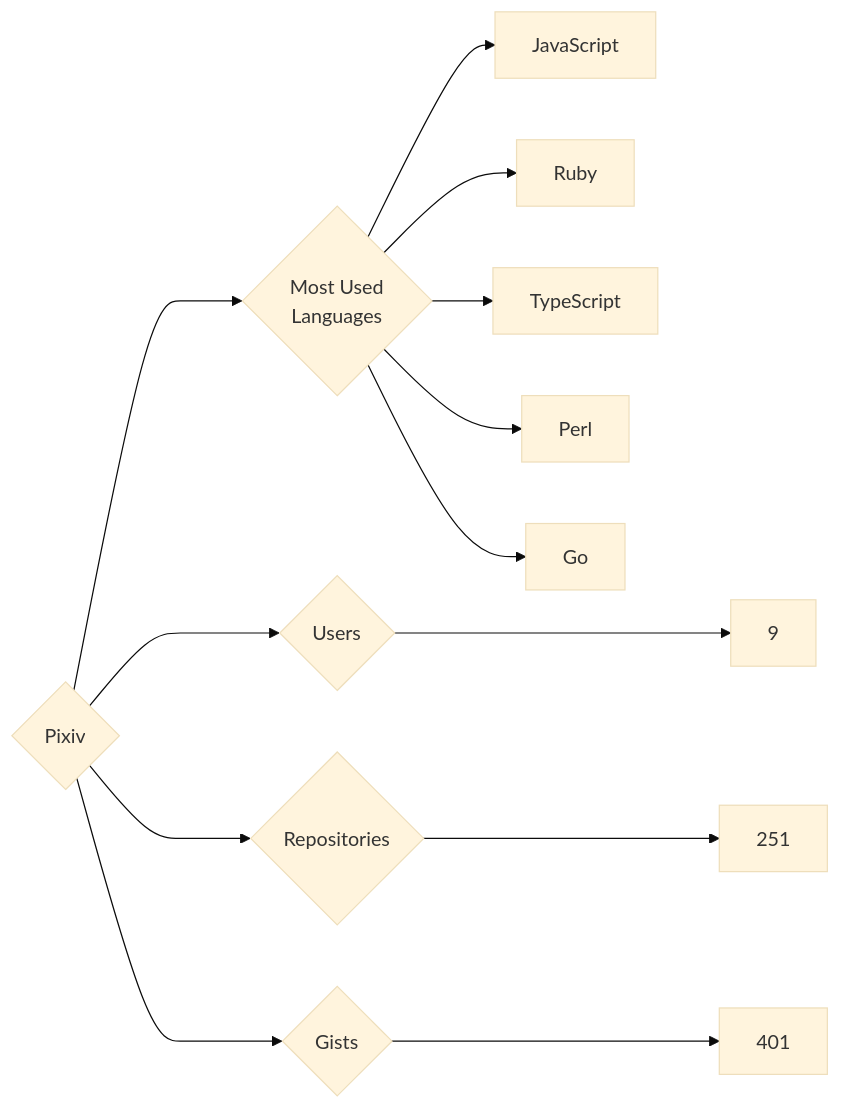
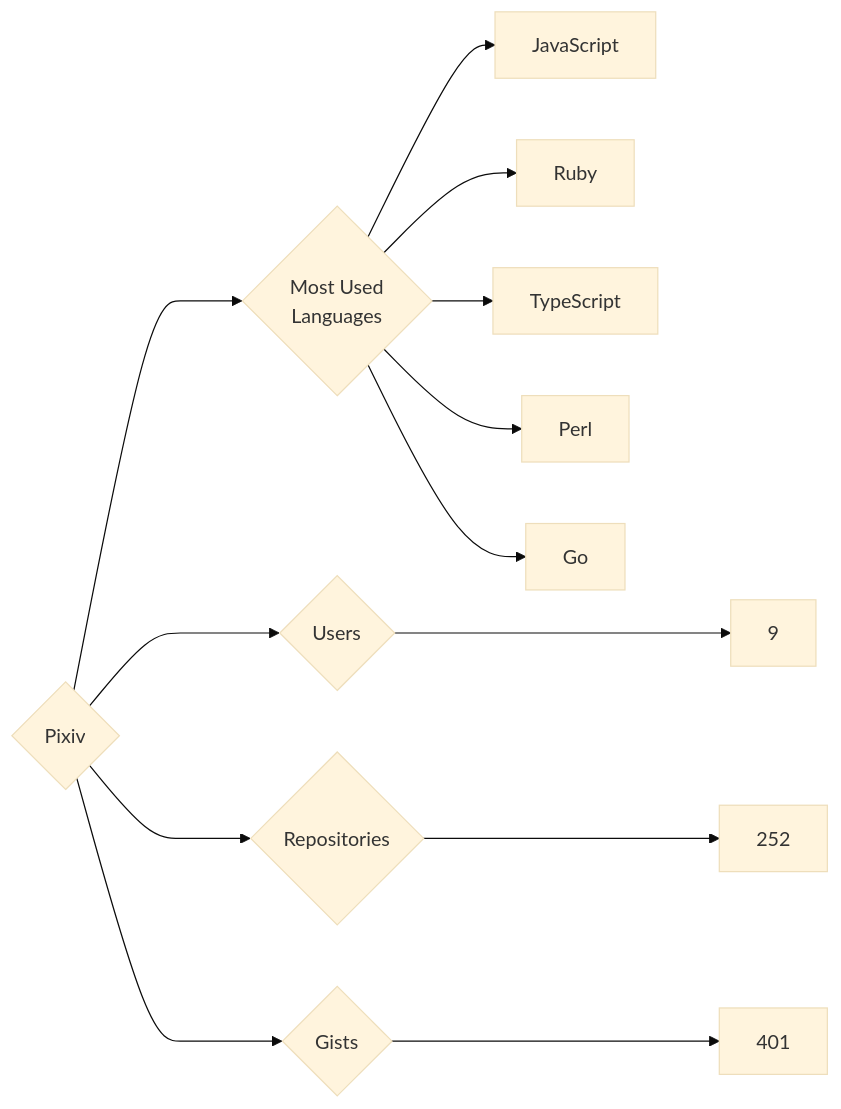
One commit to trickest/insiders changed the diagram in targets/Pixiv/README.md. Above: the diagram before and after it, drawn with Mermaid (base theme). The commit also changed 976 other files, not shown here.

````diff
--- a/targets/Pixiv/README.md
+++ b/targets/Pixiv/README.md
@@ -3,13 +3,13 @@
 ```mermaid
 graph LR
 COMPANY_NAME{Pixiv}
 COMPANY_NAME ---> U{Users} ---> UN[9]
-COMPANY_NAME ---> R{Repositories} ---> RN[251]
+COMPANY_NAME ---> R{Repositories} ---> RN[252]
 COMPANY_NAME ---> G{Gists} ---> GN[401]
 COMPANY_NAME ---> ML{Most Used<br>Languages}
 ML --> JavaScript[JavaScript]
 ML --> Ruby[Ruby]
 ML --> TypeScript[TypeScript]
 ML --> Perl[Perl]
 ML --> Go[Go]
 ```
````
